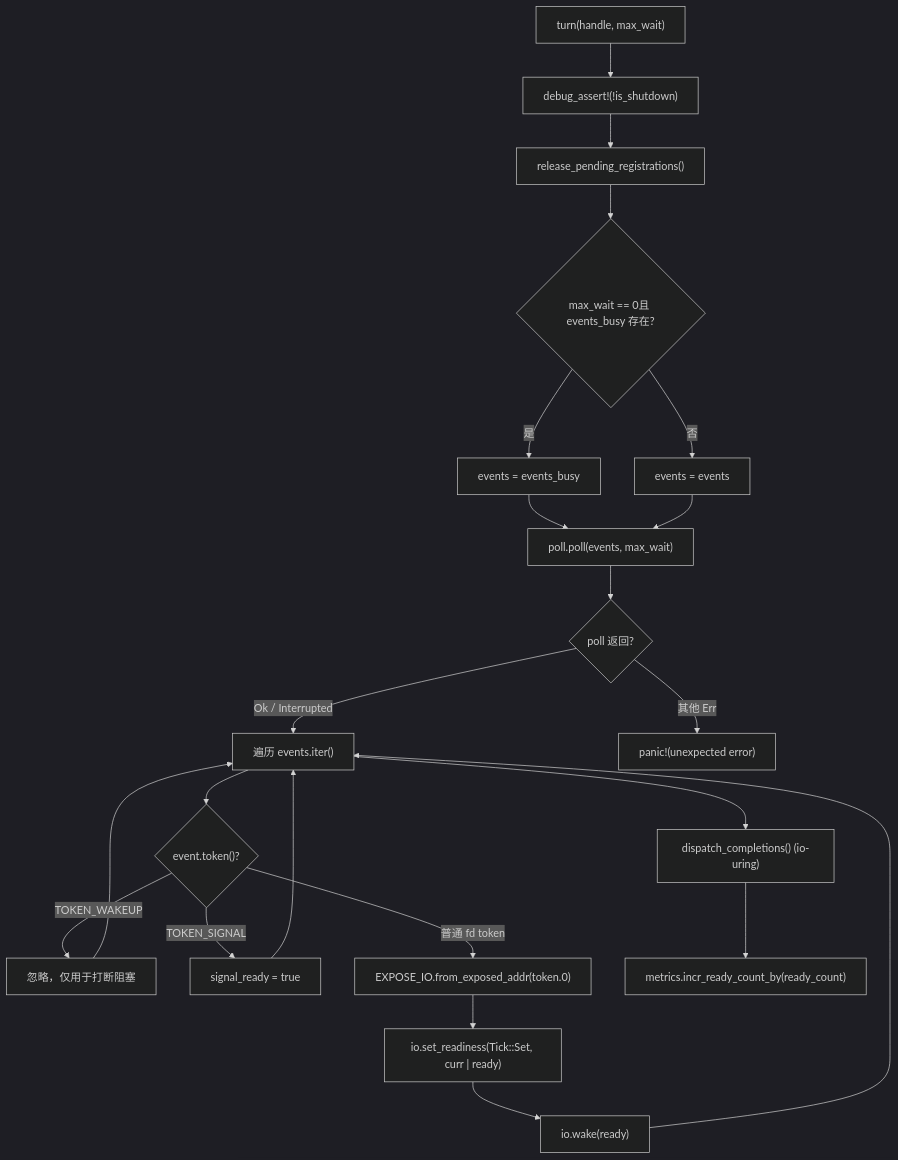
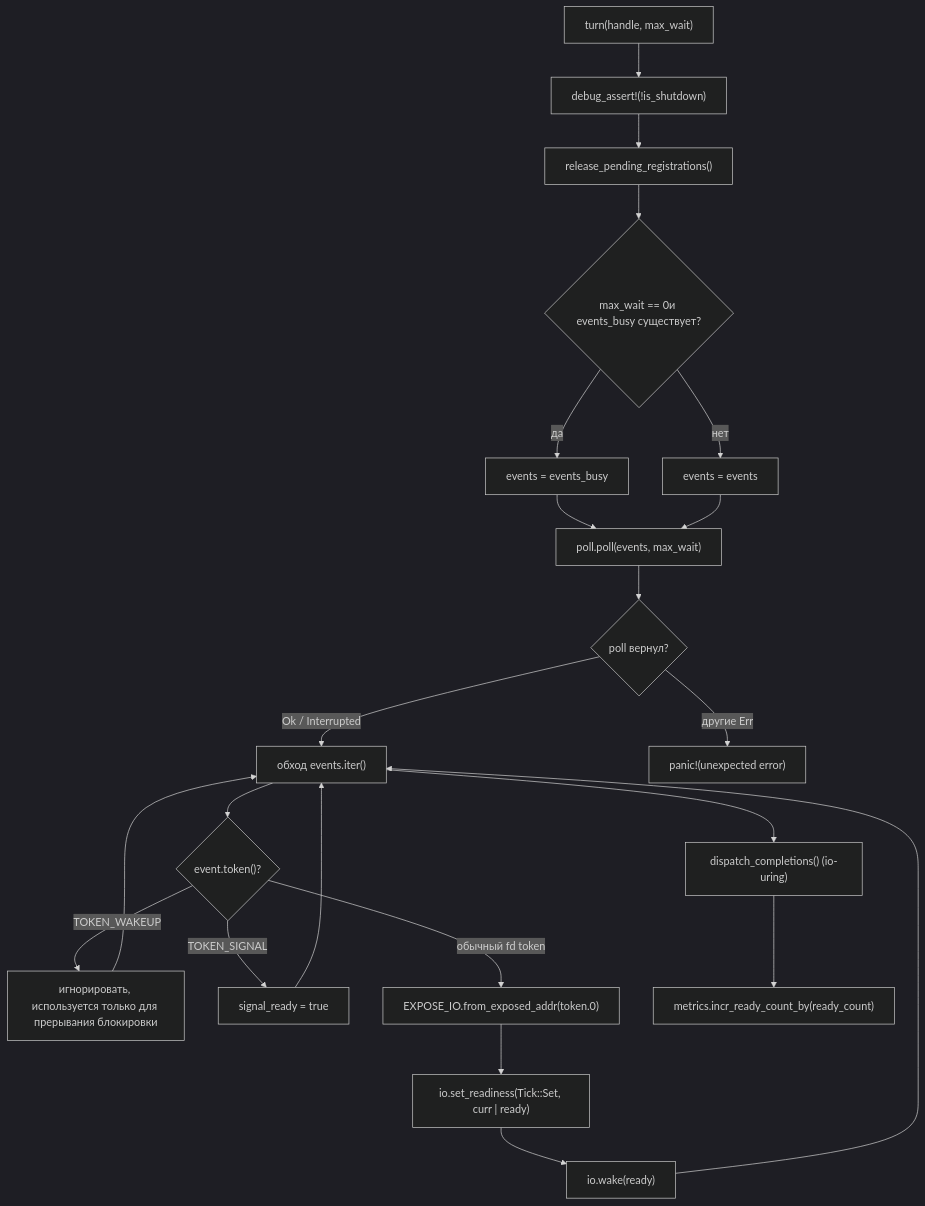
The first of 2 diagrams in books/tokio/ru/05-io-driver-reactor-epoll.md (maleRjc/AiReadCodeBooks), drawn with Mermaid (dark theme) before and after one commit. The commit also changed other lines of this file and 74 other files, not shown here.

````diff
--- a/books/tokio/ru/05-io-driver-reactor-epoll.md
+++ b/books/tokio/ru/05-io-driver-reactor-epoll.md
@@ -52,24 +52,24 @@
 ```mermaid
 flowchart TD
     start["turn(handle, max_wait)"] --> assert["debug_assert!(!is_shutdown)"]
     assert --> release["release_pending_registrations()"]
-    release --> pick{"max_wait == 0且 events_busy 存在?"}
-    pick -->|是| busy["events = events_busy"]
-    pick -->|否| main["events = events"]
+    release --> pick{"max_wait == 0и events_busy существует?"}
+    pick -->|да| busy["events = events_busy"]
+    pick -->|нет| main["events = events"]
     busy --> poll["poll.poll(events, max_wait)"]
     main --> poll
-    poll --> pollres{"poll 返回?"}
-    pollres -->|"Ok / Interrupted"| iter["遍历 events.iter()"]
-    pollres -->|"其他 Err"| panic["panic!(unexpected error)"]
+    poll --> pollres{"poll вернул?"}
+    pollres -->|"Ok / Interrupted"| iter["обход events.iter()"]
+    pollres -->|"другие Err"| panic["panic!(unexpected error)"]
     iter --> tok{"event.token()?"}
-    tok -->|"TOKEN_WAKEUP"| skip["忽略，仅用于打断阻塞"]
+    tok -->|"TOKEN_WAKEUP"| skip["игнорировать, используется только для прерывания блокировки"]
     tok -->|"TOKEN_SIGNAL"| sig["signal_ready = true"]
-    tok -->|"普通 fd token"| cast["EXPOSE_IO.from_exposed_addr(token.0)"]
+    tok -->|"обычный fd token"| cast["EXPOSE_IO.from_exposed_addr(token.0)"]
     cast --> setr["io.set_readiness(Tick::Set, curr | ready)"]
     setr --> wake["io.wake(ready)"]
     wake --> iter
     skip --> iter
     sig --> iter
     iter --> uring["dispatch_completions() (io-uring)"]
     uring --> metrics["metrics.incr_ready_count_by(ready_count)"]
 ```
````
